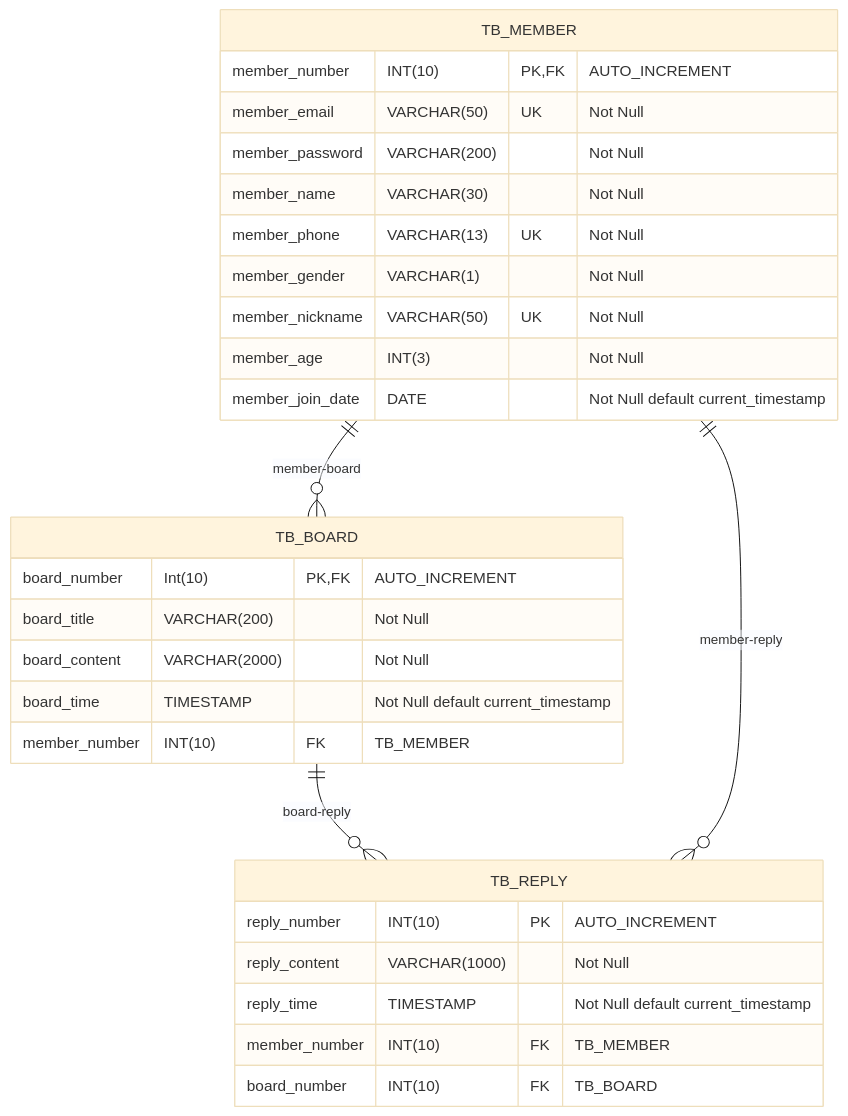
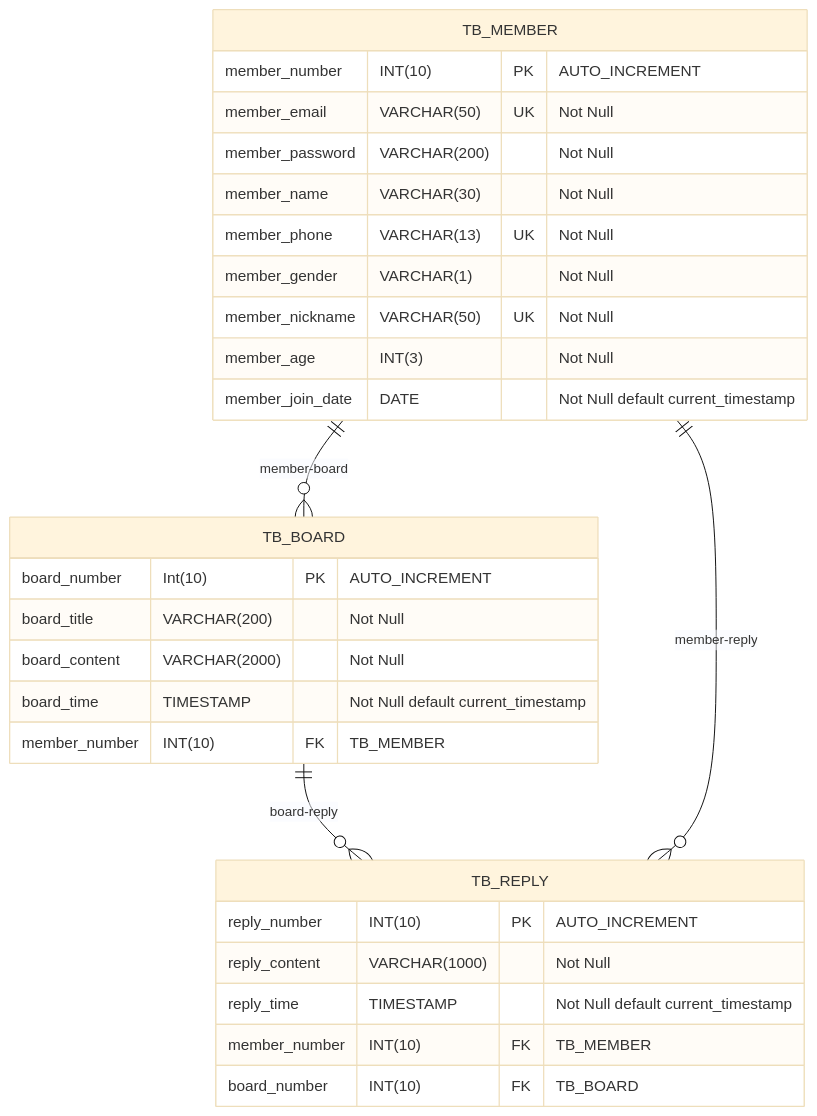
Before and after one commit to Choongang-Third-Project/jeju-campking: the fourth of 8 diagrams in docs/README.md, drawn with Mermaid (base theme). The commit also changed other lines of this file, not shown here.

````diff
--- a/docs/README.md
+++ b/docs/README.md
@@ -149,34 +184,34 @@
 ```mermaid
 erDiagram
     TB_MEMBER ||--o{ TB_BOARD: member-board
     TB_BOARD ||--o{ TB_REPLY: board-reply
     TB_MEMBER ||--o{ TB_REPLY: member-reply
 
     TB_MEMBER {
-        member_number INT(10) PK, FK "AUTO_INCREMENT"
+        member_number INT(10) PK "AUTO_INCREMENT"
         member_email VARCHAR(50) UK "Not Null"
         member_password VARCHAR(200) "Not Null"
         member_name VARCHAR(30) "Not Null"
         member_phone VARCHAR(13) UK "Not Null"
         member_gender VARCHAR(1) "Not Null"
         member_nickname VARCHAR(50) UK "Not Null"
         member_age INT(3) "Not Null"
         member_join_date DATE "Not Null default current_timestamp"
     }
 
     TB_BOARD {
-        board_number Int(10) PK, FK "AUTO_INCREMENT"
+        board_number Int(10) PK "AUTO_INCREMENT"
         board_title VARCHAR(200) "Not Null"
         board_content VARCHAR(2000) "Not Null"
         board_time TIMESTAMP "Not Null default current_timestamp"
         member_number INT(10) FK "TB_MEMBER"
     }
 
     TB_REPLY {
         reply_number INT(10) PK "AUTO_INCREMENT"
         reply_content VARCHAR(1000) "Not Null"
         reply_time TIMESTAMP "Not Null default current_timestamp"
         member_number INT(10) FK "TB_MEMBER"
         board_number INT(10) FK "TB_BOARD"
     }
 ```
````
